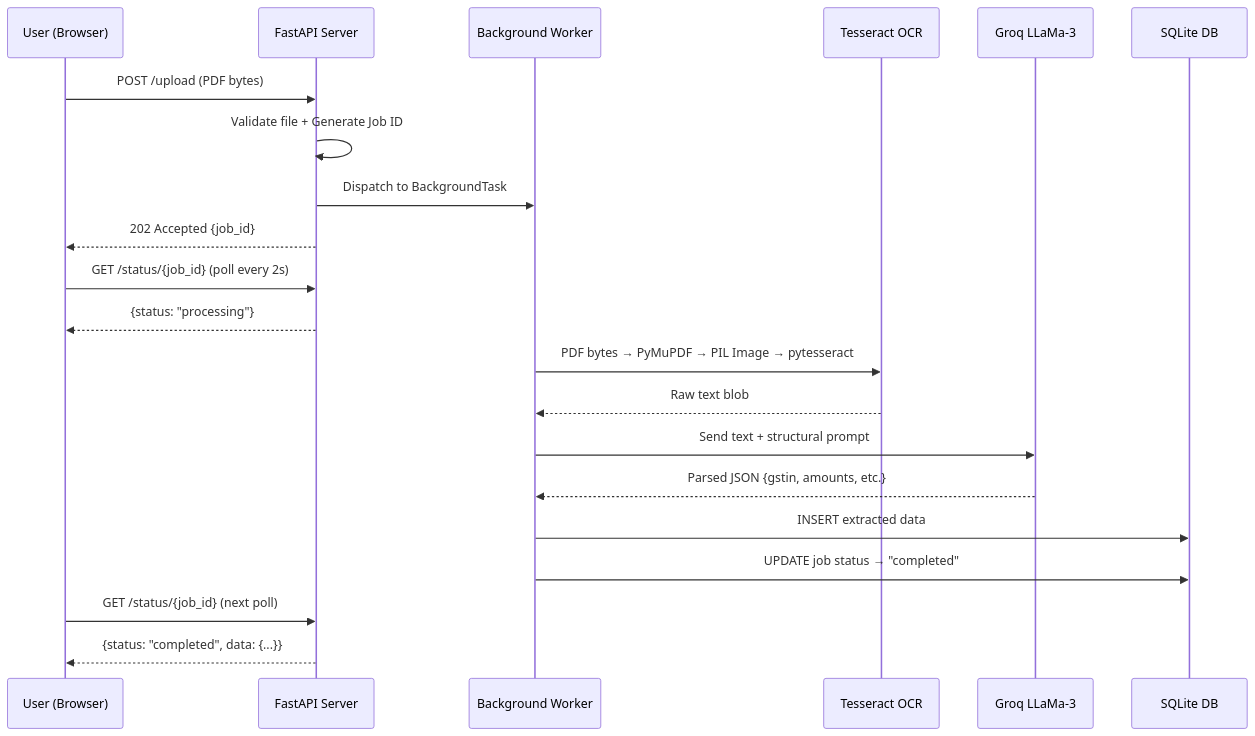
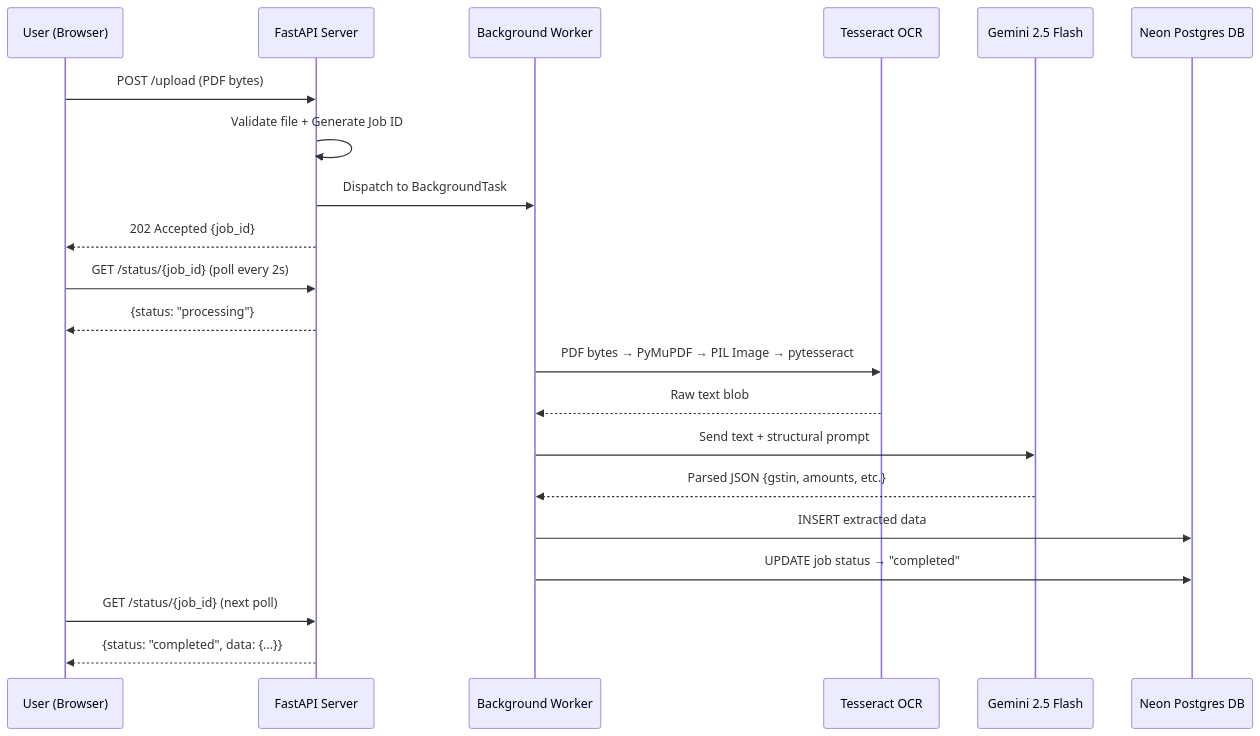
Before and after one commit to VRCHAMPION/gst_invoice_scanner: the third of 4 diagrams in ARCHITECTURE.md, drawn with Mermaid. The commit also changed other lines of this file and 2 other files, not shown here.

Commit message:
docs: strip obsolete groq/llama remnants and full align with deployed gemini/neon architecture

````diff
--- a/ARCHITECTURE.md
+++ b/ARCHITECTURE.md
@@ -139,27 +139,27 @@
 ```mermaid
 sequenceDiagram
     participant U as User (Browser)
     participant A as FastAPI Server
     participant W as Background Worker
     participant O as Tesseract OCR
-    participant L as Groq LLaMa-3
-    participant D as SQLite DB
+    participant L as Gemini 2.5 Flash
+    participant D as Neon Postgres DB
 
     U->>A: POST /upload (PDF bytes)
     A->>A: Validate file + Generate Job ID
     A->>W: Dispatch to BackgroundTask
     A-->>U: 202 Accepted {job_id}
 
     U->>A: GET /status/{job_id} (poll every 2s)
     A-->>U: {status: "processing"}
 
     W->>O: PDF bytes → PyMuPDF → PIL Image → pytesseract
     O-->>W: Raw text blob
     W->>L: Send text + structural prompt
     L-->>W: Parsed JSON {gstin, amounts, etc.}
     W->>D: INSERT extracted data
     W->>D: UPDATE job status → "completed"
 
     U->>A: GET /status/{job_id} (next poll)
     A-->>U: {status: "completed", data: {...}}
 ```
````
